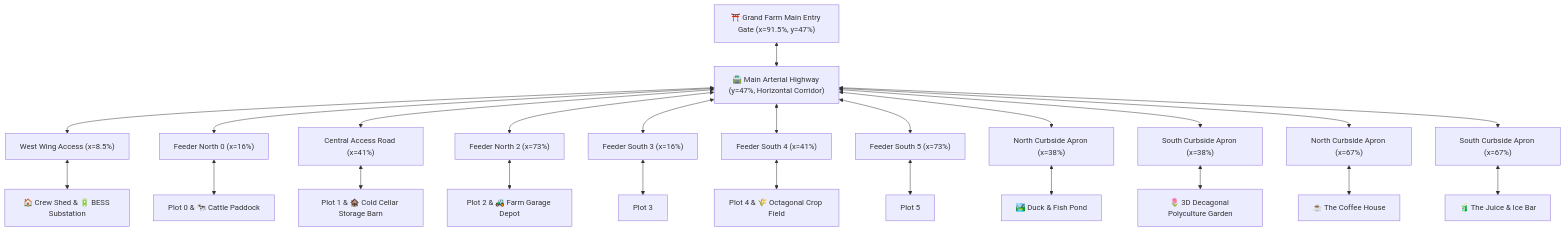
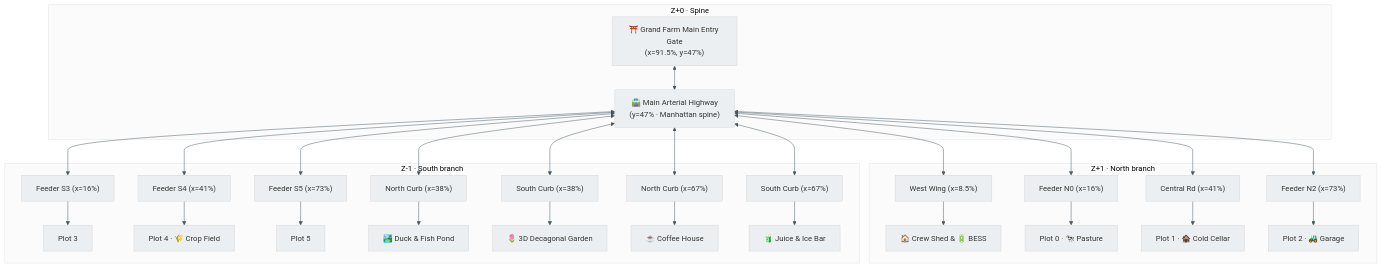
One commit to mishu-anik23/searchO2 changed the eighth of 13 diagrams in README.md. Above: the diagram before and after it, drawn with Mermaid. The commit also changed other lines of this file, not shown here.

First line of the commit message:
docs(readme): add layered 3D Mermaid workflows for farm, OxyForge, and backend

````diff
--- a/README.md
+++ b/README.md
@@ -413,18 +492,50 @@
 ```mermaid
+%%{init: {'theme':'base', 'themeVariables': { 'primaryColor':'#ECEFF1','secondaryColor':'#E8F5E9','lineColor':'#455A64'}}}%%
 flowchart TD
-    GATE["⛩️ Grand Farm Main Entry Gate (x=91.5%, y=47%)"] <--> HIGHWAY["🛣️ Main Arterial Highway (y=47%, Horizontal Corridor)"]
-    
-    HIGHWAY <--> FS_NW["West Wing Access (x=8.5%)"] <--> CS["🏠 Crew Shed & 🔋 BESS Substation"]
-    HIGHWAY <--> FS_P0["Feeder North 0 (x=16%)"] <--> P0["Plot 0 & 🐄 Cattle Paddock"]
-    HIGHWAY <--> FS_P1["Central Access Road (x=41%)"] <--> P1["Plot 1 & 🏚️ Cold Cellar Storage Barn"]
-    HIGHWAY <--> FS_P2["Feeder North 2 (x=73%)"] <--> P2["Plot 2 & 🚜 Farm Garage Depot"]
-    
-    HIGHWAY <--> FS_P3["Feeder South 3 (x=16%)"] <--> P3["Plot 3"]
-    HIGHWAY <--> FS_P4["Feeder South 4 (x=41%)"] <--> P4["Plot 4 & 🌾 Octagonal Crop Field"]
-    HIGHWAY <--> FS_P5["Feeder South 5 (x=73%)"] <--> P5["Plot 5"]
-    
-    HIGHWAY <--> AP_POND["North Curbside Apron (x=38%)"] <--> POND["🏞️ Duck & Fish Pond"]
-    HIGHWAY <--> AP_GARDEN["South Curbside Apron (x=38%)"] <--> GARDEN["🌷 3D Decagonal Polyculture Garden"]
-    HIGHWAY <--> AP_CAFE["North Curbside Apron (x=67%)"] <--> CAFE["☕ The Coffee House"]
-    HIGHWAY <--> AP_JUICE["South Curbside Apron (x=67%)"] <--> JUICE["🧃 The Juice & Ice Bar"]
+    GATE["⛩️ Grand Farm Main Entry Gate<br/>(x=91.5%, y=47%)"] <--> HIGHWAY["🛣️ Main Arterial Highway<br/>(y=47% · Manhattan spine)"]
+
+    HIGHWAY <--> FS_NW["West Wing (x=8.5%)"] --> CS["🏠 Crew Shed & 🔋 BESS"]
+    HIGHWAY <--> FS_P0["Feeder N0 (x=16%)"] --> P0["Plot 0 · 🐄 Pasture"]
+    HIGHWAY <--> FS_P1["Central Rd (x=41%)"] --> P1["Plot 1 · 🏚️ Cold Cellar"]
+    HIGHWAY <--> FS_P2["Feeder N2 (x=73%)"] --> P2["Plot 2 · 🚜 Garage"]
+
+    HIGHWAY <--> FS_P3["Feeder S3 (x=16%)"] --> P3["Plot 3"]
+    HIGHWAY <--> FS_P4["Feeder S4 (x=41%)"] --> P4["Plot 4 · 🌾 Crop Field"]
+    HIGHWAY <--> FS_P5["Feeder S5 (x=73%)"] --> P5["Plot 5"]
+
+    HIGHWAY <--> AP_POND["North Curb (x=38%)"] --> POND["🏞️ Duck & Fish Pond"]
+    HIGHWAY <--> AP_GARDEN["South Curb (x=38%)"] --> GARDEN["🌷 3D Decagonal Garden"]
+    HIGHWAY <--> AP_CAFE["North Curb (x=67%)"] --> CAFE["☕ Coffee House"]
+    HIGHWAY <--> AP_JUICE["South Curb (x=67%)"] --> JUICE["🧃 Juice & Ice Bar"]
+
+    subgraph Z1_North ["Z+1 · North branch"]
+        FS_NW
+        FS_P0
+        FS_P1
+        FS_P2
+        P0
+        P1
+        P2
+        CS
+    end
+    subgraph Z0_Spine ["Z+0 · Spine"]
+        GATE
+        HIGHWAY
+    end
+    subgraph Z_1_South ["Z-1 · South branch"]
+        FS_P3
+        FS_P4
+        FS_P5
+        AP_POND
+        AP_GARDEN
+        AP_CAFE
+        AP_JUICE
+        P3
+        P4
+        P5
+        POND
+        GARDEN
+        CAFE
+        JUICE
+    end
 ```
````
